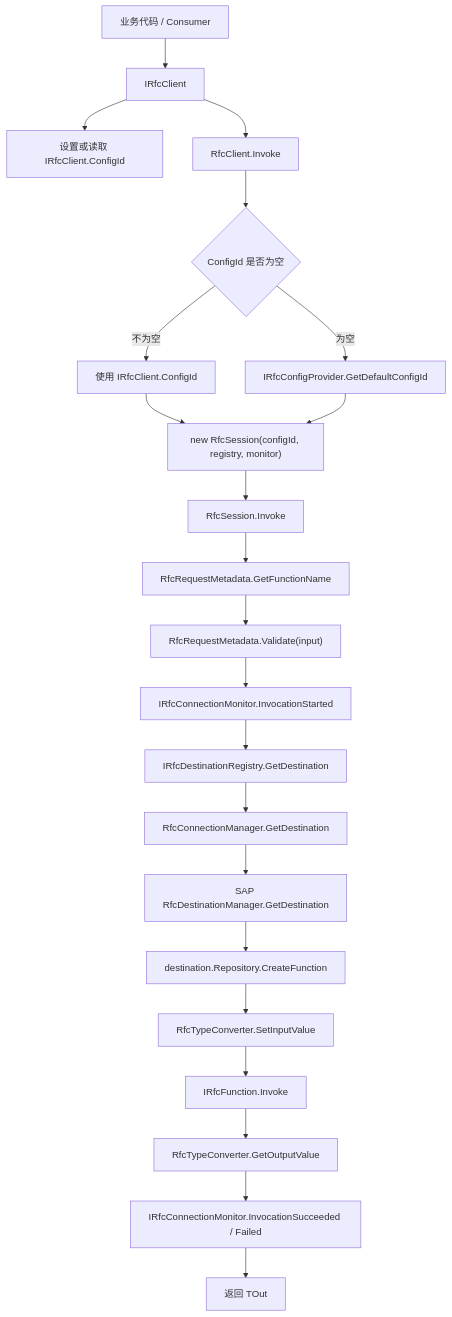
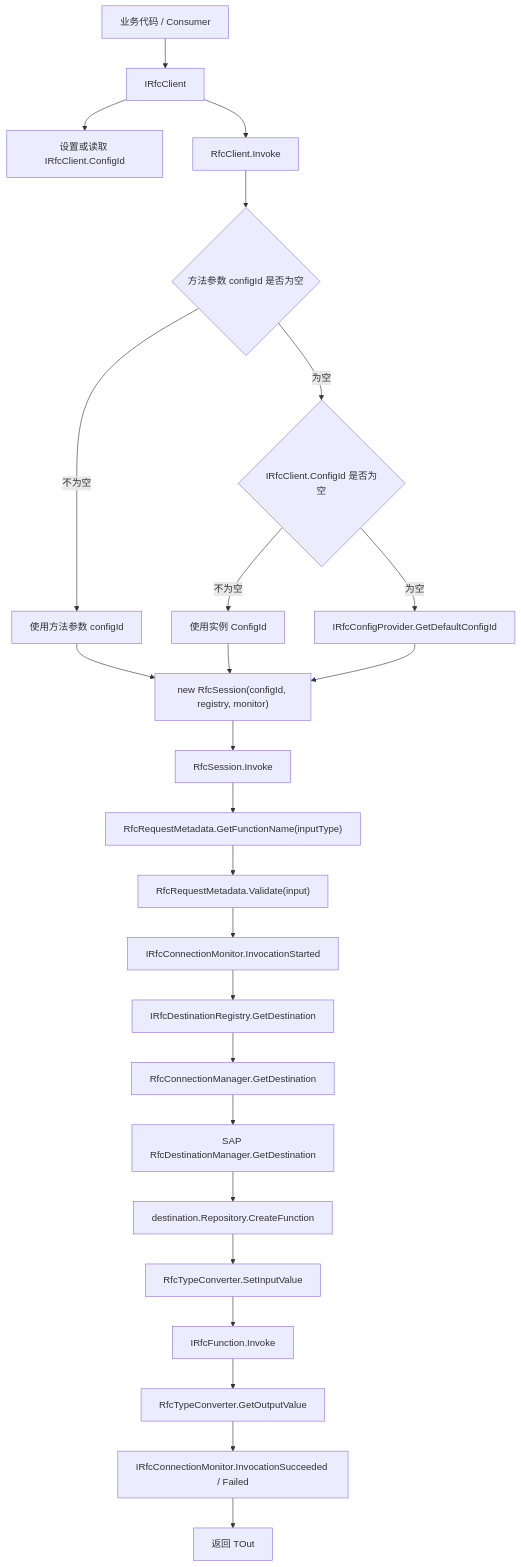
The first of 5 diagrams in docs/file-dependency-roadmap.zh-CN.md (Mitzh/RfcClient), drawn with Mermaid before and after one commit. The commit also changed other lines of this file and 10 other files, not shown here.

````diff
--- a/docs/file-dependency-roadmap.zh-CN.md
+++ b/docs/file-dependency-roadmap.zh-CN.md
@@ -55,24 +64,27 @@
 ```mermaid
 flowchart TD
     A["业务代码 / Consumer"] --> B["IRfcClient"]
     B --> C["设置或读取 IRfcClient.ConfigId"]
     B --> D["RfcClient.Invoke"]
-    D --> E{"ConfigId 是否为空"}
-    E -- "不为空" --> F["使用 IRfcClient.ConfigId"]
-    E -- "为空" --> G["IRfcConfigProvider.GetDefaultConfigId"]
-    F --> H["new RfcSession(configId, registry, monitor)"]
-    G --> H
-    H --> I["RfcSession.Invoke"]
-    I --> J["RfcRequestMetadata.GetFunctionName<TIn>"]
-    J --> K["RfcRequestMetadata.Validate(input)"]
-    K --> L["IRfcConnectionMonitor.InvocationStarted"]
-    L --> M["IRfcDestinationRegistry.GetDestination"]
-    M --> N["RfcConnectionManager.GetDestination"]
-    N --> O["SAP RfcDestinationManager.GetDestination"]
-    O --> P["destination.Repository.CreateFunction"]
-    P --> Q["RfcTypeConverter.SetInputValue"]
-    Q --> R["IRfcFunction.Invoke"]
-    R --> S["RfcTypeConverter.GetOutputValue<TOut>"]
-    S --> T["IRfcConnectionMonitor.InvocationSucceeded / Failed"]
-    T --> U["返回 TOut"]
+    D --> E{"方法参数 configId 是否为空"}
+    E -- "不为空" --> F["使用方法参数 configId"]
+    E -- "为空" --> G{"IRfcClient.ConfigId 是否为空"}
+    G -- "不为空" --> H["使用实例 ConfigId"]
+    G -- "为空" --> I["IRfcConfigProvider.GetDefaultConfigId"]
+    F --> J["new RfcSession(configId, registry, monitor)"]
+    H --> J
+    I --> J
+    J --> K["RfcSession.Invoke"]
+    K --> L["RfcRequestMetadata.GetFunctionName(inputType)"]
+    L --> M["RfcRequestMetadata.Validate(input)"]
+    M --> N["IRfcConnectionMonitor.InvocationStarted"]
+    N --> O["IRfcDestinationRegistry.GetDestination"]
+    O --> P["RfcConnectionManager.GetDestination"]
+    P --> Q["SAP RfcDestinationManager.GetDestination"]
+    Q --> R["destination.Repository.CreateFunction"]
+    R --> S["RfcTypeConverter.SetInputValue"]
+    S --> T["IRfcFunction.Invoke"]
+    T --> U["RfcTypeConverter.GetOutputValue<TOut>"]
+    U --> V["IRfcConnectionMonitor.InvocationSucceeded / Failed"]
+    V --> W["返回 TOut"]
 ```
````
